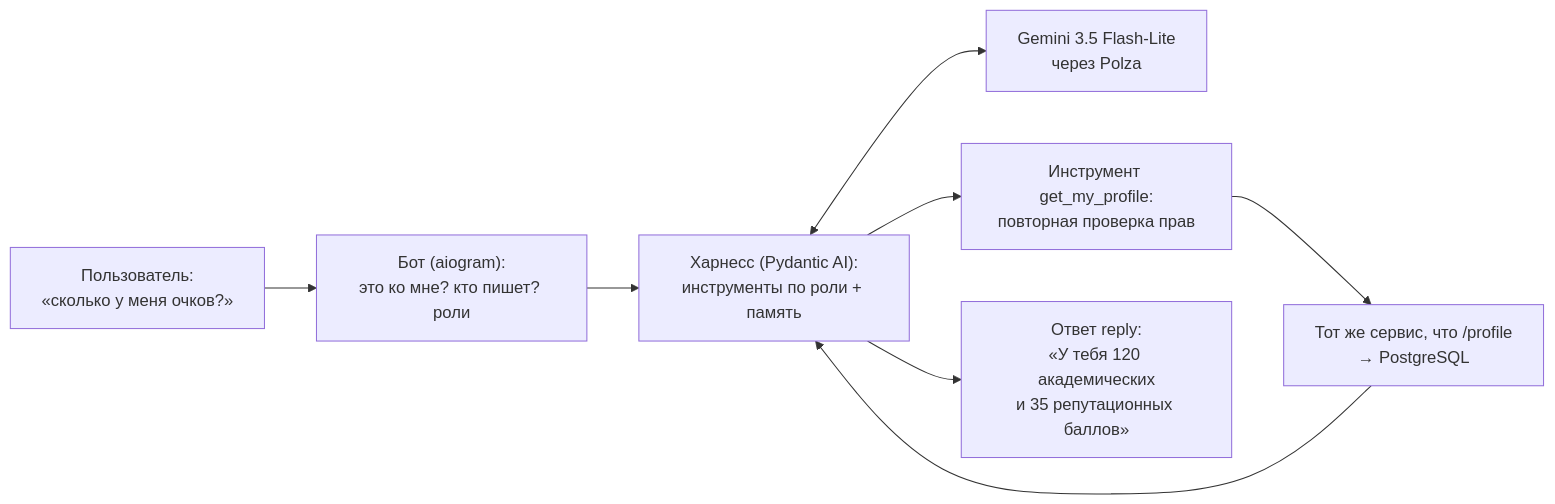
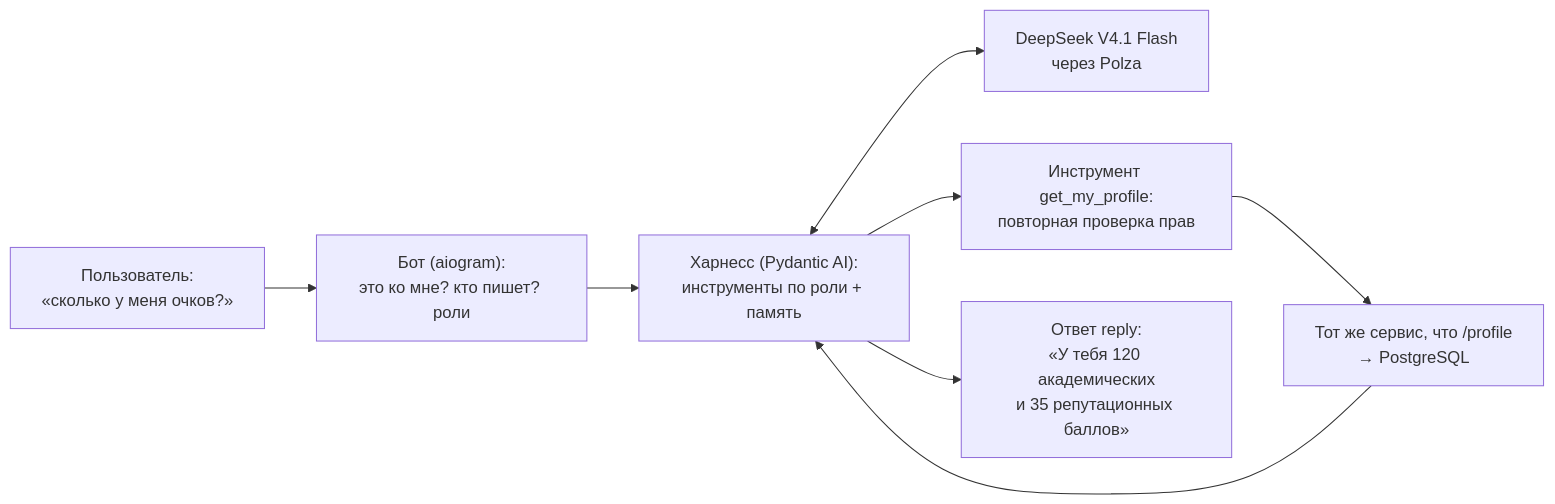
Before and after one commit to denis-sj/PyBot-ITAcadem: the diagram in README.md, drawn with Mermaid. The commit also changed other lines of this file, not shown here.

````diff
--- a/README.md
+++ b/README.md
@@ -108,10 +112,10 @@
 ```mermaid
 flowchart LR
     U["Пользователь:<br/>«сколько у меня очков?»"] --> B["Бот (aiogram):<br/>это ко мне? кто пишет? роли"]
     B --> H["Харнесс (Pydantic AI):<br/>инструменты по роли + память"]
-    H <--> M["Gemini 3.5 Flash-Lite<br/>через Polza"]
+    H <--> M["DeepSeek V4.1 Flash<br/>через Polza"]
     H --> T["Инструмент get_my_profile:<br/>повторная проверка прав"]
     T --> S["Тот же сервис, что /profile<br/>→ PostgreSQL"]
     S --> H
     H --> A["Ответ reply:<br/>«У тебя 120 академических<br/>и 35 репутационных баллов»"]
 ```
````
